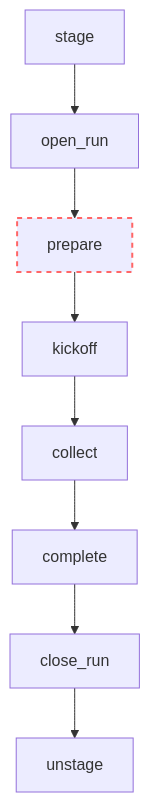
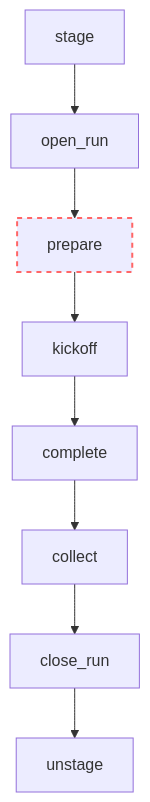
The first of 2 diagrams in docs/explanations/verbs.md (bluesky/ophyd-async), drawn with Mermaid before and after one commit. The commit also changed other lines of this file, not shown here.

````diff
--- a/docs/explanations/verbs.md
+++ b/docs/explanations/verbs.md
@@ -88,14 +92,14 @@
 ```{mermaid}
 graph TD
     A[stage] --> B[open_run]
     B --> C[prepare]
     C --> D[kickoff]
-    D --> E[collect]
-    E --> F[complete]
+    D --> E[complete]
+    E --> F[collect]
     F --> G[close_run]
     G --> H[unstage]
 
     C:::hook_sensitive
     style C stroke:#f66,stroke-width:2px,stroke-dasharray: 5 5
 
 ```
````
